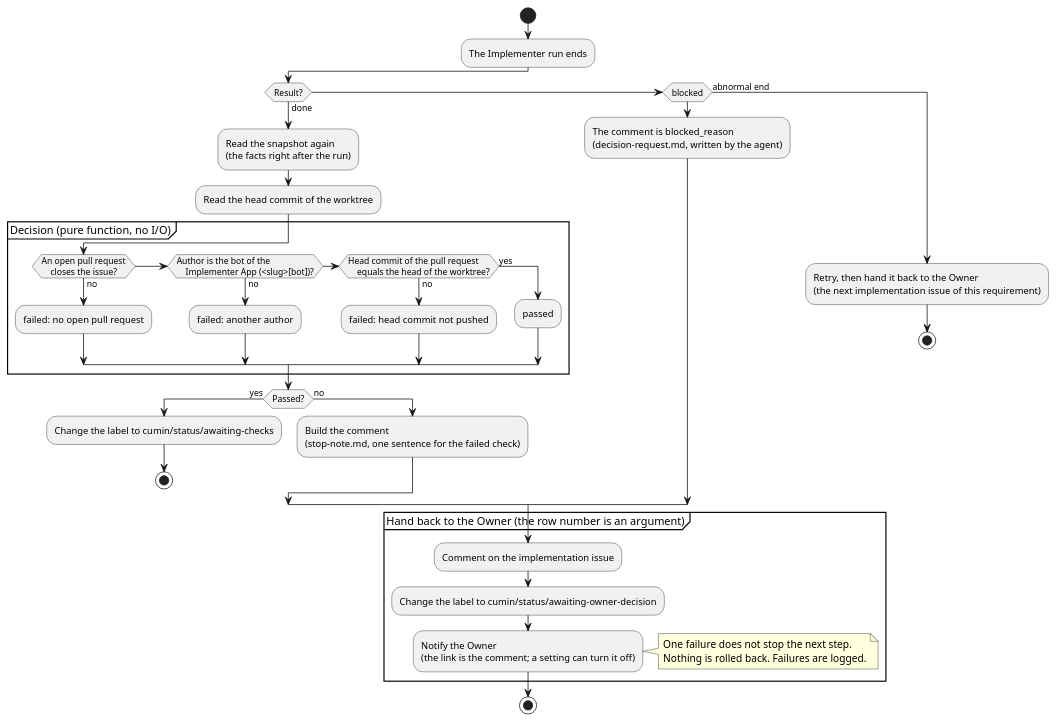
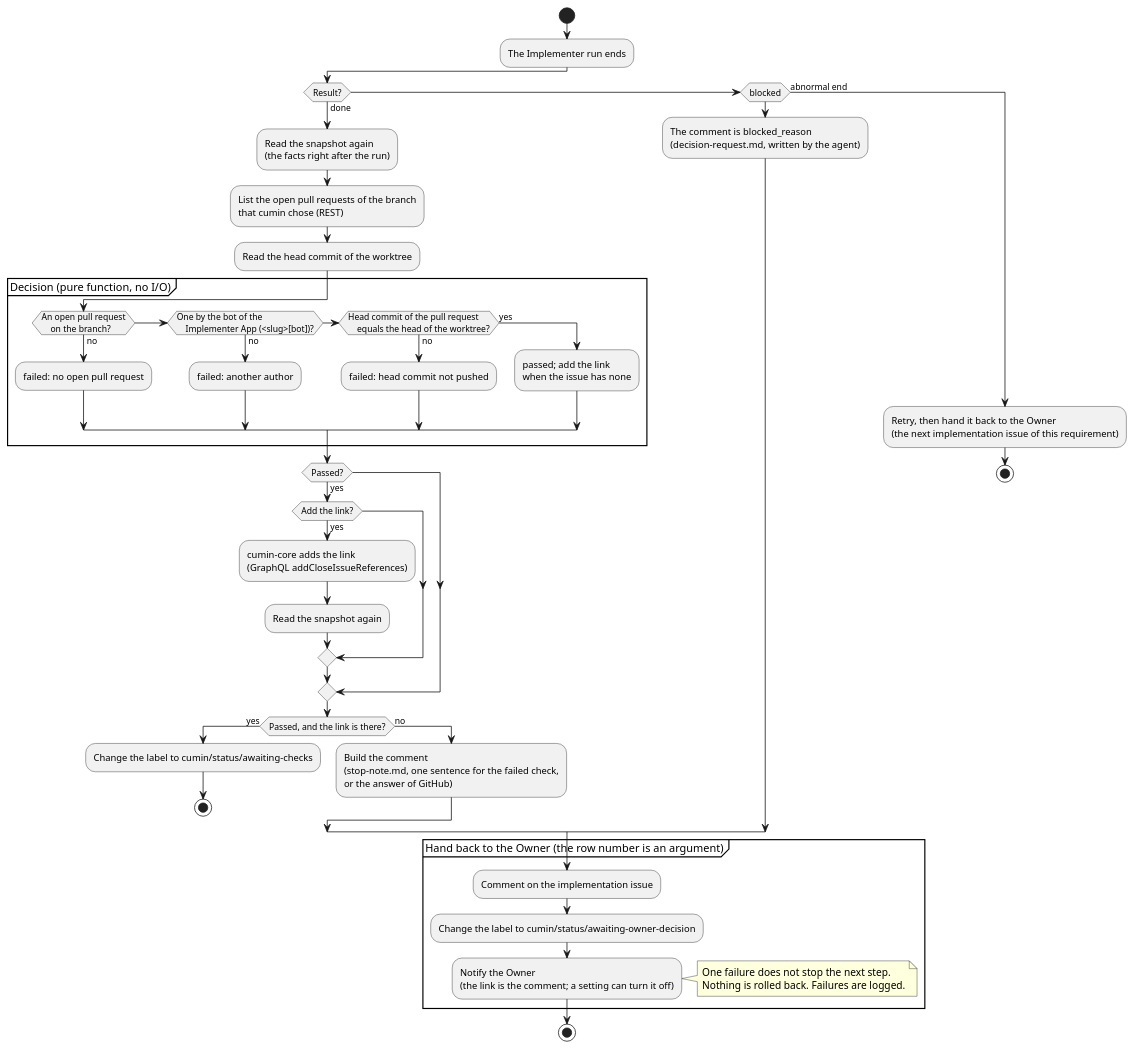
One commit to cloveclovedev/cumin-works changed the diagram in docs/ja/designs/poll-verify.puml. Above: the diagram before and after it, drawn with PlantUML. The commit also changed 13 other files, not shown here.

First line of the commit message:
feat(workflow): find the pull request of I2 by branch and author, and add the closing link (#282)

```diff
--- a/docs/ja/designs/poll-verify.puml
+++ b/docs/ja/designs/poll-verify.puml
@@ -1,55 +1,66 @@
 @startuml poll-verify
 ' cumin works - the end of a run (I2): the checks after an Implementer run, and the way back to the Owner.
 ' Document: poll.md, sections on the end of a run and the way back to the Owner.
 ' Render: run scripts/render-diagrams.sh at the root of the repository.
 skinparam shadowing false
 skinparam defaultFontName sans-serif
 
 start
 :The Implementer run ends;
 if (Result?) then (done)
   :Read the snapshot again
   (the facts right after the run);
+  :List the open pull requests of the branch
+  that cumin chose (REST);
   :Read the head commit of the worktree;
   partition "Decision (pure function, no I/O)" {
     if (An open pull request
-    closes the issue?) then (no)
+    on the branch?) then (no)
       :failed: no open pull request;
-    elseif (Author is the bot of the
+    elseif (One by the bot of the
     Implementer App (<slug>[bot])?) then (no)
       :failed: another author;
     elseif (Head commit of the pull request
     equals the head of the worktree?) then (no)
       :failed: head commit not pushed;
     else (yes)
-      :passed;
+      :passed; add the link
+      when the issue has none;
     endif
   }
   if (Passed?) then (yes)
+    if (Add the link?) then (yes)
+      :cumin-core adds the link
+      (GraphQL addCloseIssueReferences);
+      :Read the snapshot again;
+    endif
+  endif
+  if (Passed, and the link is there?) then (yes)
     :Change the label to cumin/status/awaiting-checks;
     stop
   else (no)
     :Build the comment
-    (stop-note.md, one sentence for the failed check);
+    (stop-note.md, one sentence for the failed check,
+    or the answer of GitHub);
   endif
 elseif (blocked) then
   :The comment is blocked_reason
   (decision-request.md, written by the agent);
 else (abnormal end)
   :Retry, then hand it back to the Owner
   (the next implementation issue of this requirement);
   stop
 endif
 
 partition "Hand back to the Owner (the row number is an argument)" {
   :Comment on the implementation issue;
   :Change the label to cumin/status/awaiting-owner-decision;
   :Notify the Owner
   (the link is the comment; a setting can turn it off);
 }
 note right
   One failure does not stop the next step.
   Nothing is rolled back. Failures are logged.
 end note
 stop
 @enduml
```
